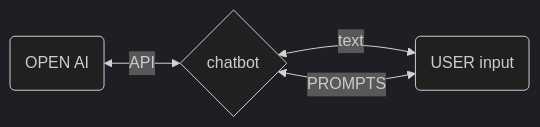
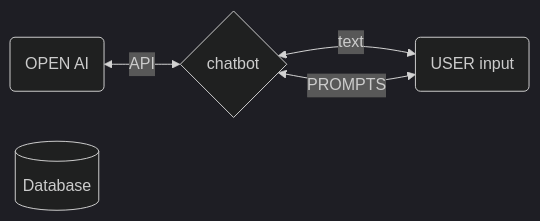
Before and after one commit to kivtechs-uml/chatbot_uml: the diagram in README.md, drawn with Mermaid (dark theme).

````diff
--- a/README.md
+++ b/README.md
@@ -5,7 +5,8 @@
 ```mermaid
 flowchart LR
      A(OPEN AI) <-- API --> B{chatbot} <-- text --> C(USER input )
      B <-- PROMPTS --> C
+      id1[(Database)]
 
 
 ```
````
